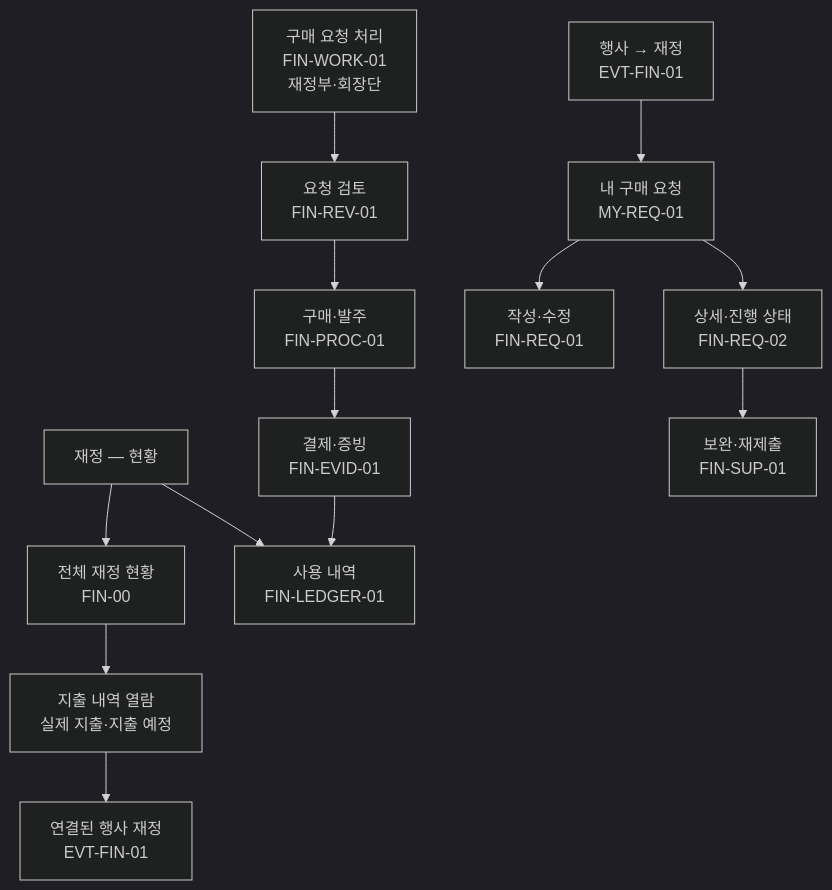
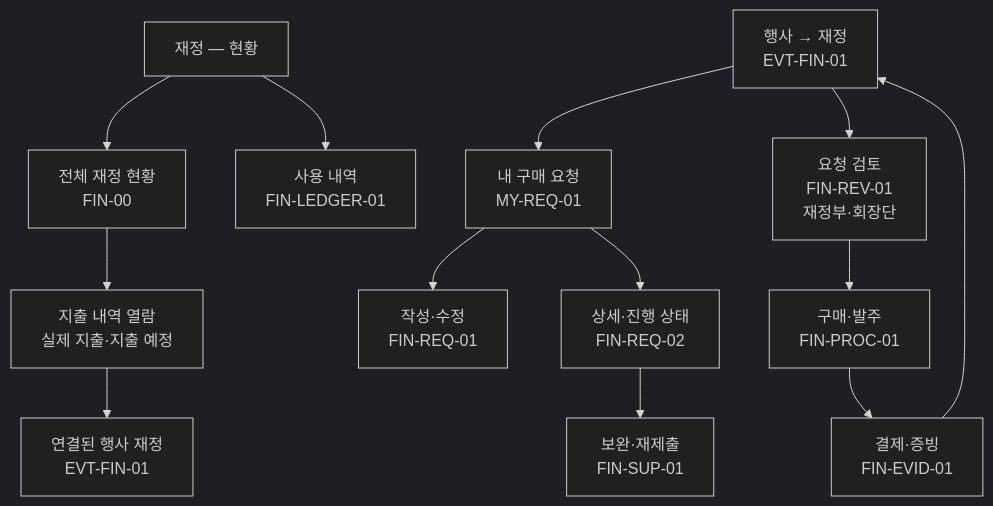
The third of 4 diagrams in docs/VADA_MENU_STRUCTURE.md (vada-hq/vada), drawn with Mermaid (dark theme) before and after one commit. The commit also changed other lines of this file and 6 other files, not shown here.

Commit message:
Update VADA wireframe flows and finance status display

````diff
--- a/docs/VADA_MENU_STRUCTURE.md
+++ b/docs/VADA_MENU_STRUCTURE.md
@@ -213,20 +210,18 @@
 ```mermaid
 flowchart TB
     F["재정 — 현황"]
     F --> B["전체 재정 현황<br/>FIN-00"]
     F --> L["사용 내역<br/>FIN-LEDGER-01"]
 
     B --> B1["지출 내역 열람<br/>실제 지출·지출 예정"]
     B1 --> EFV["연결된 행사 재정<br/>EVT-FIN-01"]
 
-    W["구매 요청 처리<br/>FIN-WORK-01<br/>재정부·회장단"]
-    W --> V["요청 검토<br/>FIN-REV-01"]
-    V --> P["구매·발주<br/>FIN-PROC-01"]
-    P --> E["결제·증빙<br/>FIN-EVID-01"]
-    E --> L
-
     EF["행사 → 재정<br/>EVT-FIN-01"] --> MR["내 구매 요청<br/>MY-REQ-01"]
     MR --> C["작성·수정<br/>FIN-REQ-01"]
     MR --> D["상세·진행 상태<br/>FIN-REQ-02"]
     D --> S["보완·재제출<br/>FIN-SUP-01"]
+    EF --> V["요청 검토<br/>FIN-REV-01<br/>재정부·회장단"]
+    V --> P["구매·발주<br/>FIN-PROC-01"]
+    P --> E["결제·증빙<br/>FIN-EVID-01"]
+    E --> EF
 ```
````
